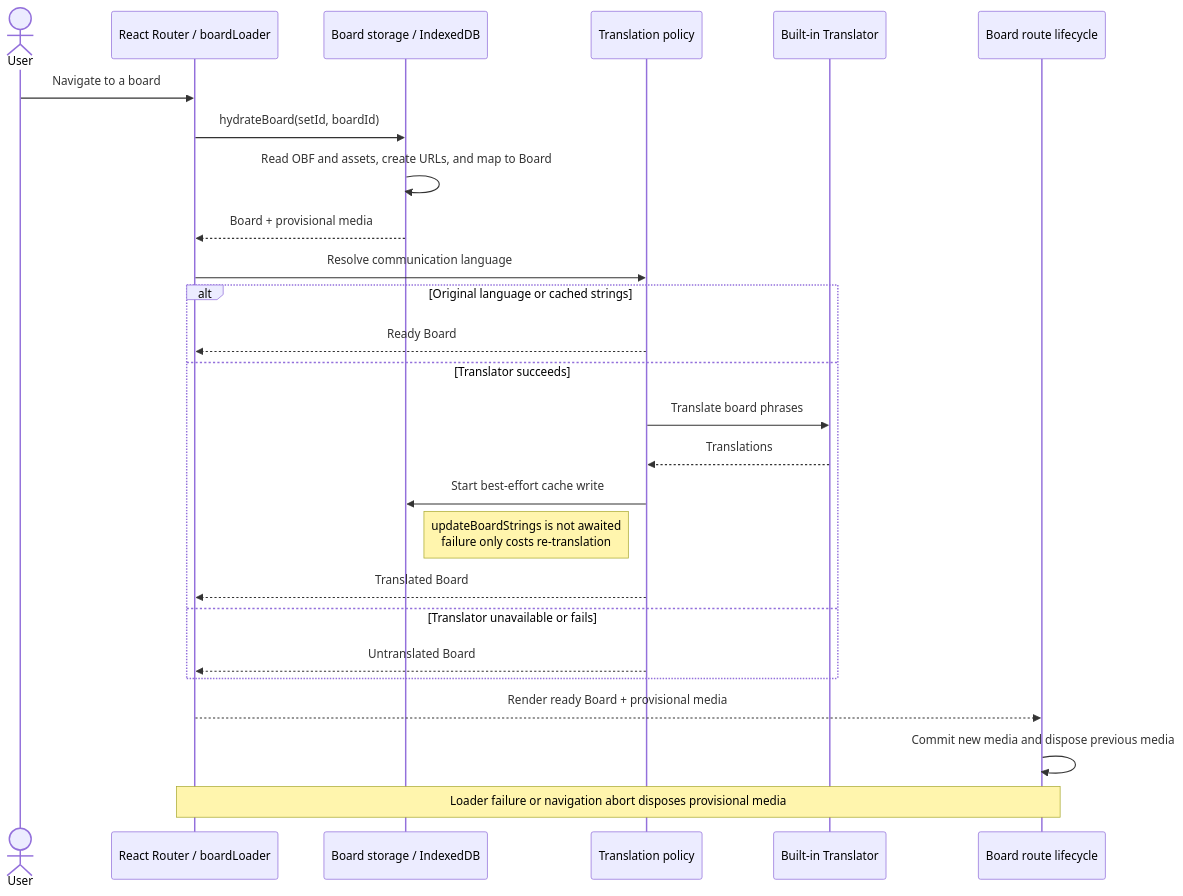
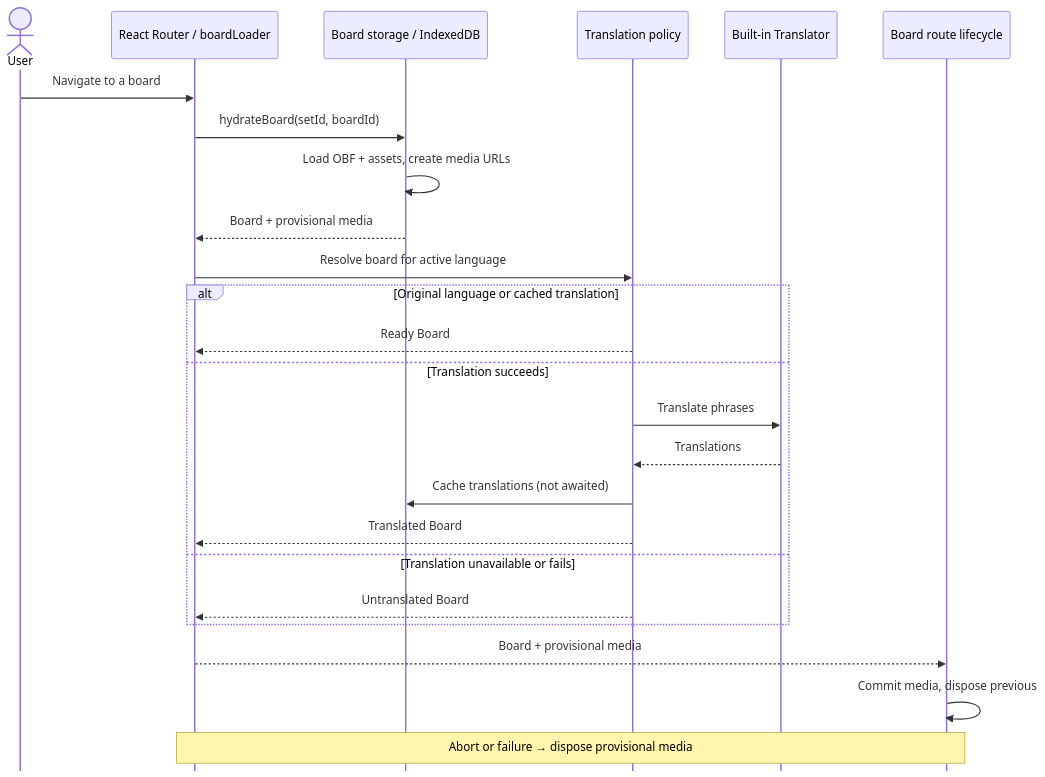
One commit to shayc/aac-board-ai changed the second of 2 diagrams in docs/architecture.md. Above: the diagram before and after it, drawn with Mermaid. The commit also changed other lines of this file, not shown here.

Commit message:
Refine architecture documentation (#804)

````diff
--- a/docs/architecture.md
+++ b/docs/architecture.md
@@ -118,35 +115,35 @@
 ```mermaid
+%%{init: { "sequence": { "mirrorActors": false }}}%%
 sequenceDiagram
     accTitle: Opening a board
     accDescr: React Router hydrates a board from IndexedDB, optionally translates it, then renders it and commits its media resources.
 
     actor User
     participant Router as React Router / boardLoader
     participant Storage as Board storage / IndexedDB
     participant Translation as Translation policy
     participant AI as Built-in Translator
     participant Route as Board route lifecycle
 
     User->>Router: Navigate to a board
     Router->>Storage: hydrateBoard(setId, boardId)
-    Storage->>Storage: Read OBF and assets, create URLs, and map to Board
+    Storage->>Storage: Load OBF + assets, create media URLs
     Storage-->>Router: Board + provisional media
-    Router->>Translation: Resolve communication language
+    Router->>Translation: Resolve board for active language
 
-    alt Original language or cached strings
+    alt Original language or cached translation
         Translation-->>Router: Ready Board
-    else Translator succeeds
-        Translation->>AI: Translate board phrases
+    else Translation succeeds
+        Translation->>AI: Translate phrases
         AI-->>Translation: Translations
-        Translation->>Storage: Start best-effort cache write
-        Note right of Storage: updateBoardStrings is not awaited<br/>failure only costs re-translation
+        Translation->>Storage: Cache translations (not awaited)
         Translation-->>Router: Translated Board
-    else Translator unavailable or fails
+    else Translation unavailable or fails
         Translation-->>Router: Untranslated Board
     end
 
-    Router-->>Route: Render ready Board + provisional media
-    Route->>Route: Commit new media and dispose previous media
+    Router-->>Route: Board + provisional media
+    Route->>Route: Commit media, dispose previous
 
-    Note over Router,Route: Loader failure or navigation abort disposes provisional media
+    Note over Router,Route: Abort or failure → dispose provisional media
 ```
````
